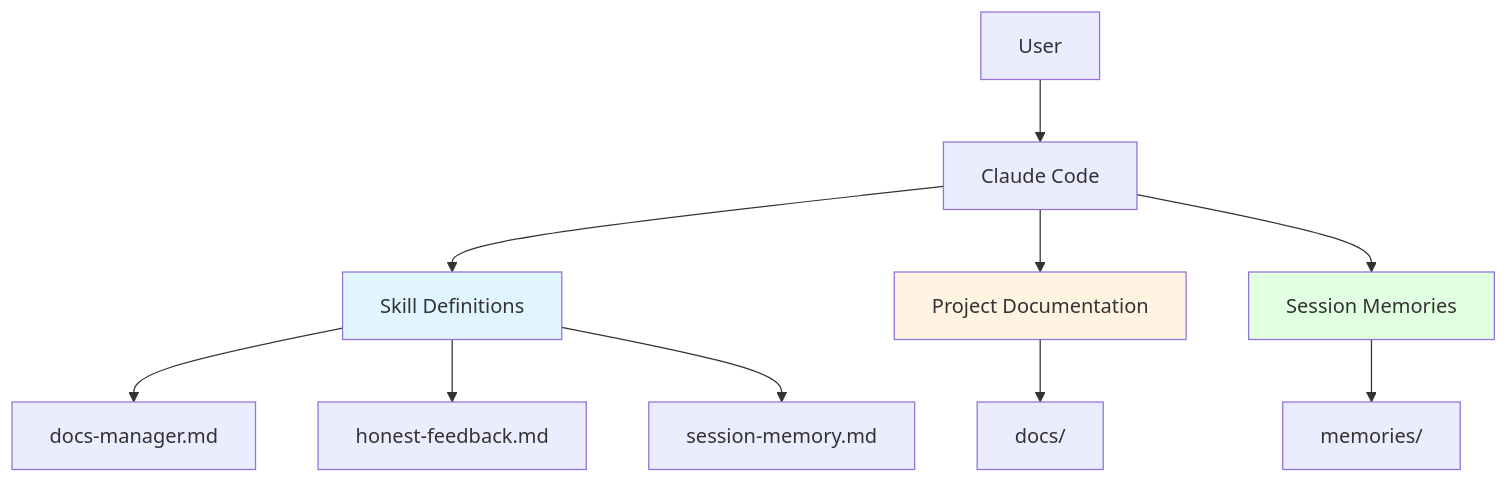
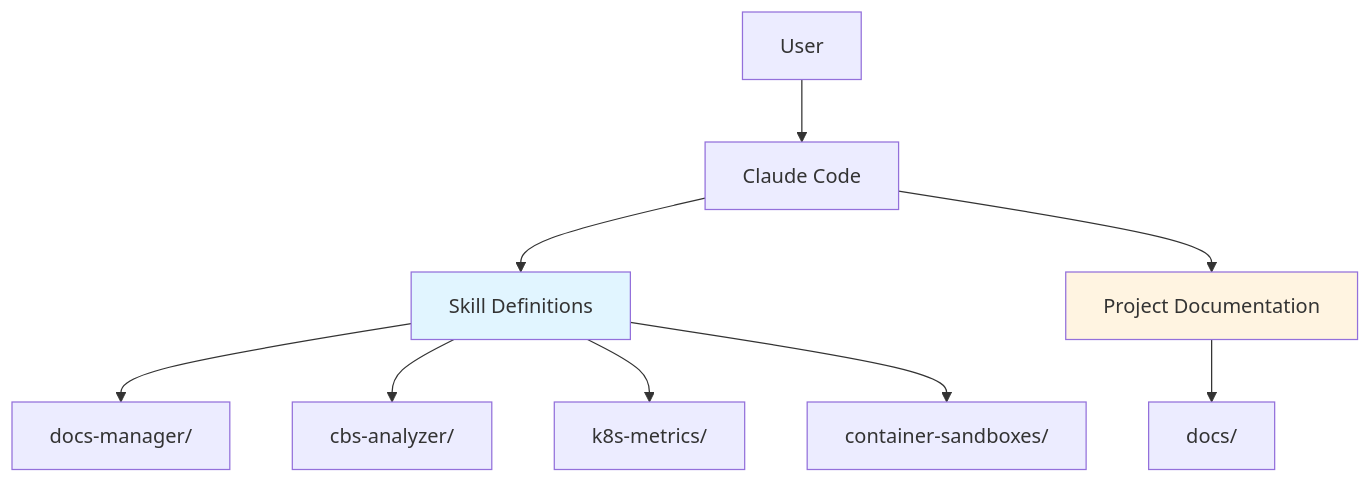
Before and after one commit to dverdonschot/claude-code-ai-skills: the first of 2 diagrams in docs/architecture/overview.md, drawn with Mermaid. The commit also changed other lines of this file and 8 other files, not shown here.

````diff
--- a/docs/architecture/overview.md
+++ b/docs/architecture/overview.md
@@ -9,16 +9,14 @@
 ```mermaid
 graph TD
     A[User] --> B[Claude Code]
     B --> C[Skill Definitions]
-    C --> D[docs-manager.md]
-    C --> E[honest-feedback.md]
-    C --> F[session-memory.md]
-    B --> G[Project Documentation]
-    G --> H[docs/]
-    B --> I[Session Memories]
-    I --> J[memories/]
+    C --> D[docs-manager/]
+    C --> E[cbs-analyzer/]
+    C --> F[k8s-metrics/]
+    C --> G[container-sandboxes/]
+    B --> H[Project Documentation]
+    H --> I[docs/]
 
     style C fill:#e1f5ff
-    style G fill:#fff4e1
-    style I fill:#e1ffe1
+    style H fill:#fff4e1
 ```
````
